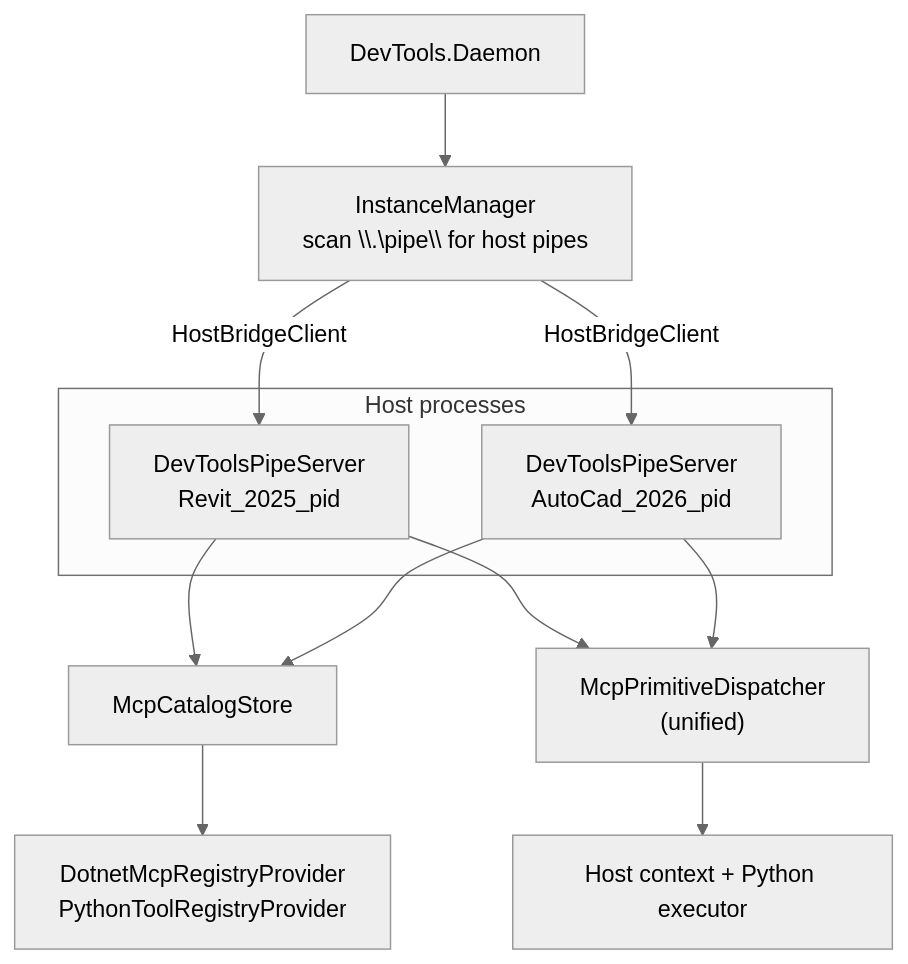
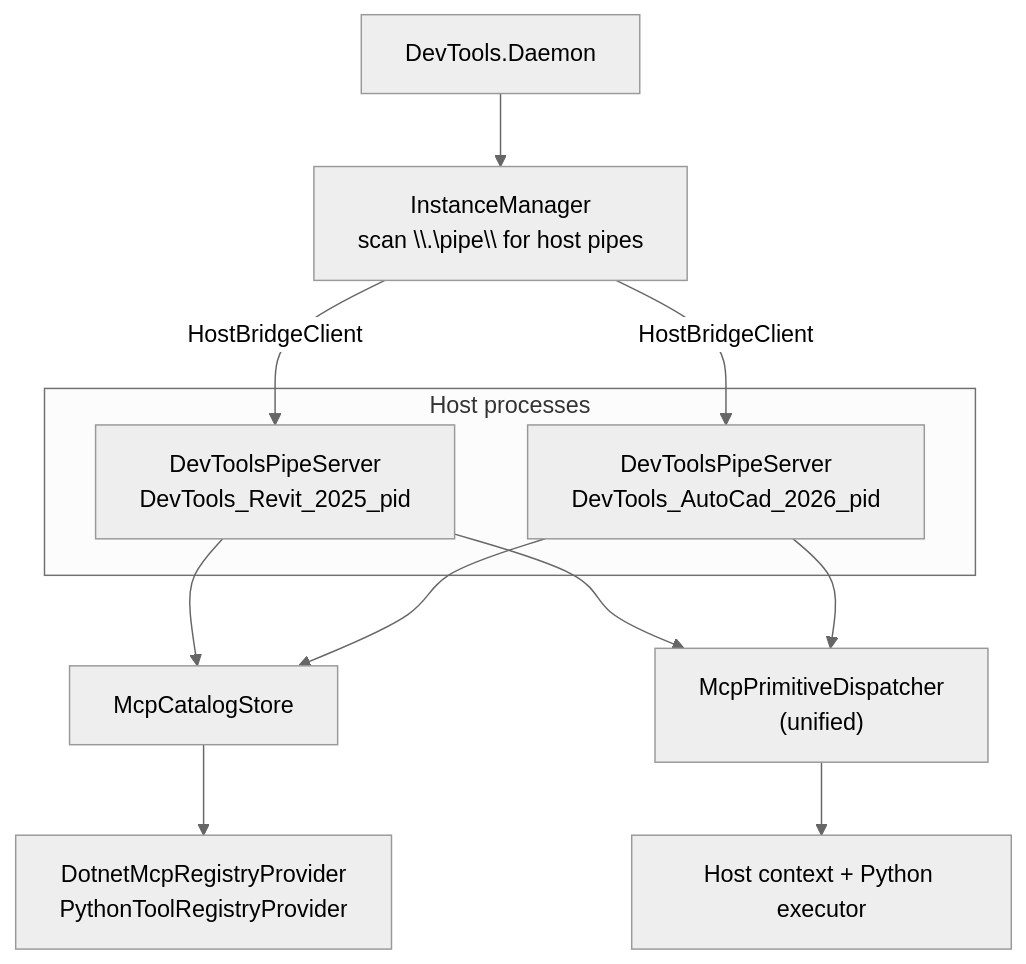
One commit to trgiangv/RevitDevTool changed the first of 2 diagrams in docs/MCP/in-host-runtime.md. Above: the diagram before and after it, drawn with Mermaid (neutral theme). The commit also changed other lines of this file and 15 other files, not shown here.

````diff
--- a/docs/MCP/in-host-runtime.md
+++ b/docs/MCP/in-host-runtime.md
@@ -7,25 +7,25 @@
 ```mermaid
 flowchart TB
     Daemon["DevTools.Daemon"]
     Discovery["InstanceManager<br/>scan \\.\pipe\\ for host pipes"]
 
     subgraph hosts["Host processes"]
-        RevitPipe["DevToolsPipeServer<br/>Revit_2025_pid"]
-        AcadPipe["DevToolsPipeServer<br/>AutoCad_2026_pid"]
+        RevitPipe["DevToolsPipeServer<br/>DevTools_Revit_2025_pid"]
+        AcadPipe["DevToolsPipeServer<br/>DevTools_AutoCad_2026_pid"]
     end
 
     Registry["McpCatalogStore"]
     Providers["DotnetMcpRegistryProvider<br/>PythonToolRegistryProvider"]
     Dispatch["McpPrimitiveDispatcher<br/>(unified)"]
     Host["Host context + Python executor"]
 
     Daemon --> Discovery
     Discovery -->|"HostBridgeClient"| RevitPipe
     Discovery -->|"HostBridgeClient"| AcadPipe
     RevitPipe --> Registry
     AcadPipe --> Registry
     Registry --> Providers
     RevitPipe --> Dispatch
     AcadPipe --> Dispatch
     Dispatch --> Host
 ```
````
